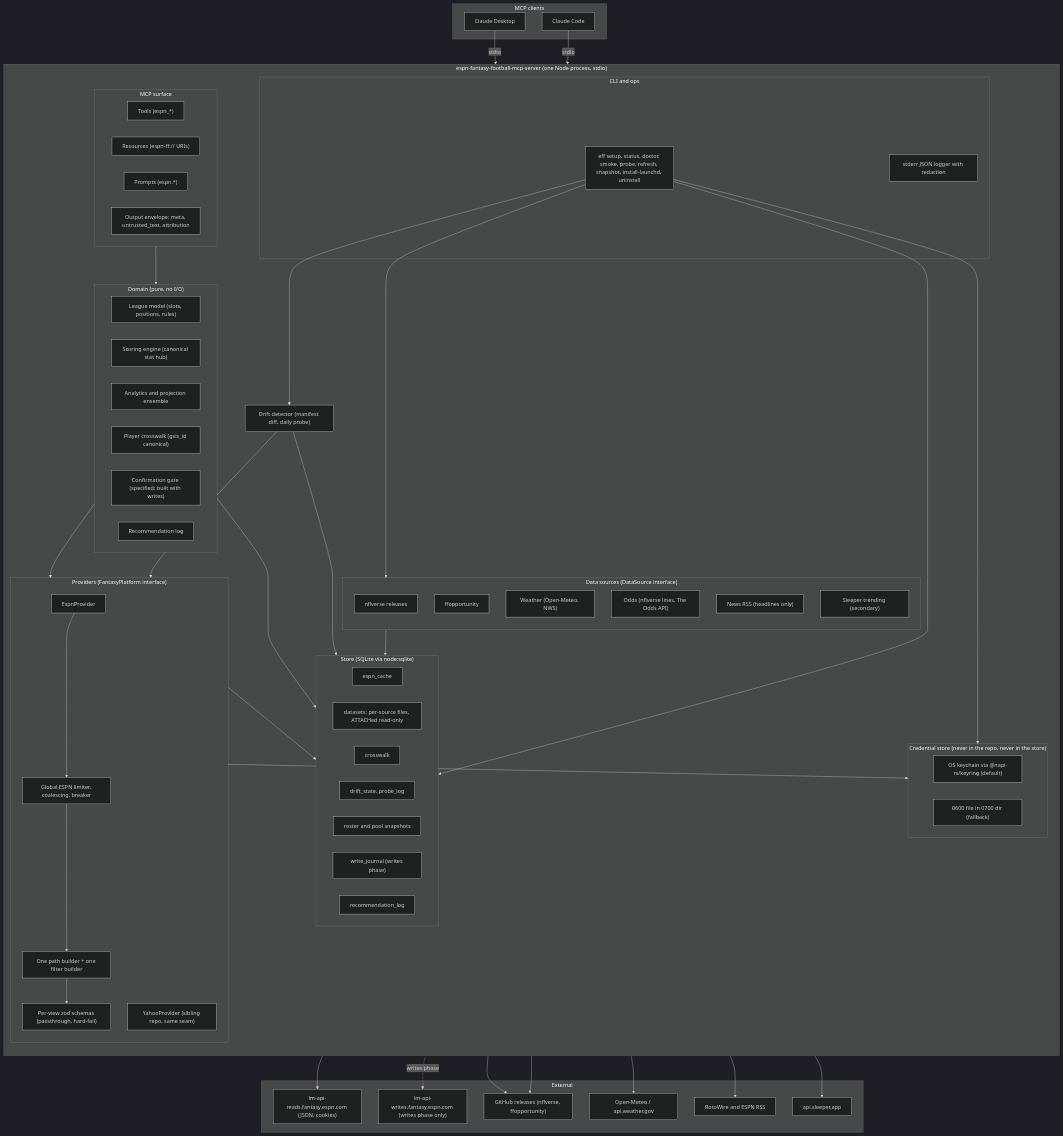
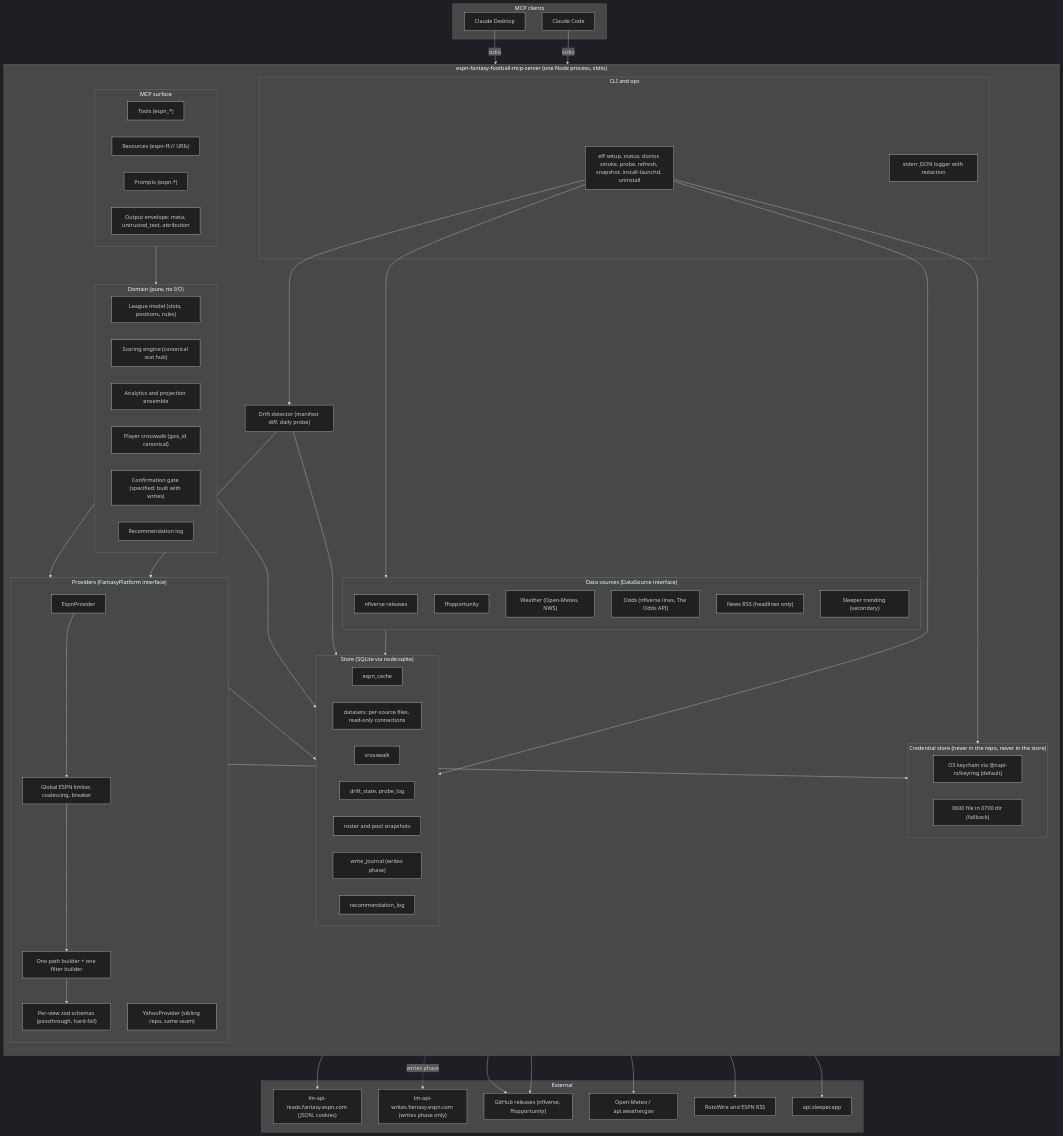
One commit to ChadPapineau/espn-fantasy-football-mcp changed the diagram in docs/plan/01-system-architecture.md. Above: the diagram before and after it, drawn with Mermaid (dark theme). The commit also changed other lines of this file and 7 other files, not shown here.

Commit message:
docs(plan): R2 edits — OBJ-22 (per-dataset read-only connections, no attach loop, ceiling 8) and OBJ-23 (launch shim out of bin/)

```diff
--- a/docs/plan/01-system-architecture.md
+++ b/docs/plan/01-system-architecture.md
@@ -124,7 +124,7 @@
     end
     subgraph STORE["Store (SQLite via node:sqlite)"]
       CACHE["espn_cache"]
-      DS["datasets: per-source files, ATTACHed read-only"]
+      DS["datasets: per-source files, read-only connections"]
       XWT["crosswalk"]
       DST["drift_state, probe_log"]
       SNAP["roster and pool snapshots"]
```
